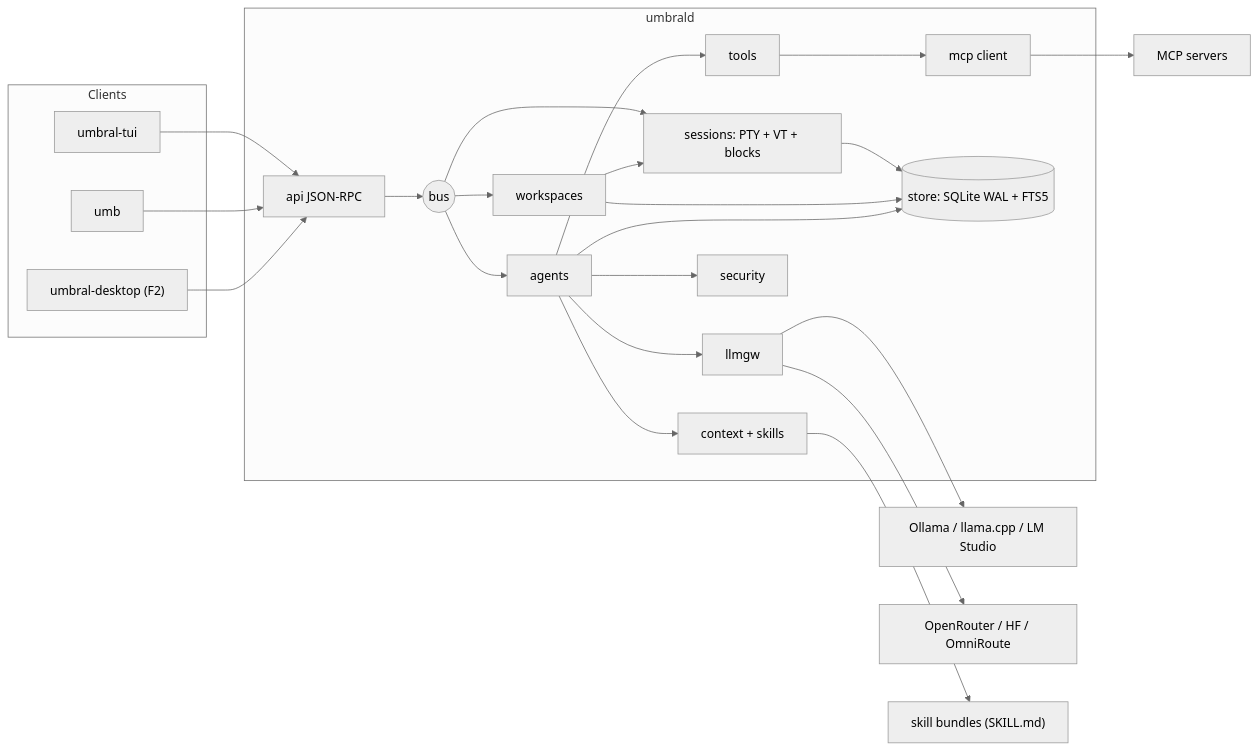
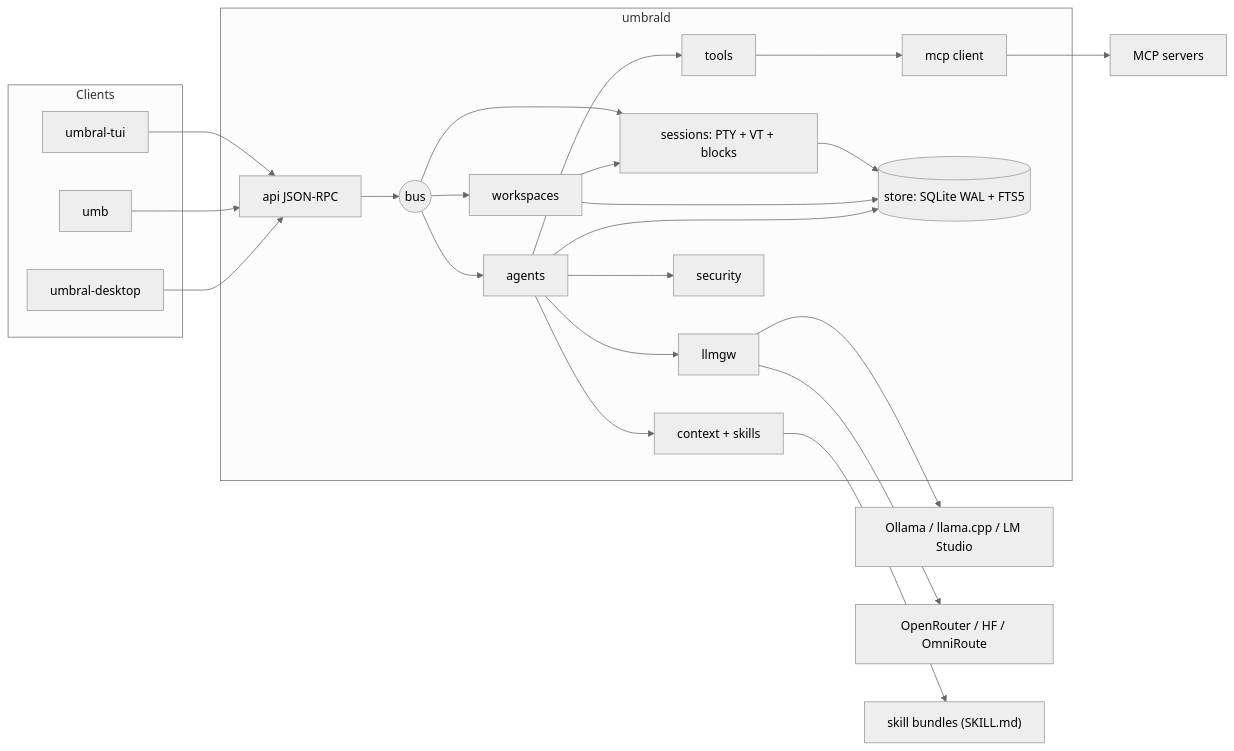
The diagram in README.md (ecrespo/umbral), drawn with Mermaid (neutral theme) before and after one commit. The commit also changed other lines of this file, not shown here.

First line of the commit message:
docs(readme): bring the status and the roadmap up to the phases built

````diff
--- a/README.md
+++ b/README.md
@@ -74,45 +101,45 @@
 ```mermaid
 flowchart LR
   subgraph Clients
     TUI["umbral-tui"]
     CLI["umb"]
-    GUI["umbral-desktop (F2)"]
+    GUI["umbral-desktop"]
   end
   subgraph D["umbrald"]
     API["api JSON-RPC"]
     BUS(("bus"))
     WSP["workspaces"]
     SES["sessions: PTY + VT + blocks"]
     AGT["agents"]
     CTX["context + skills"]
     TOOLS["tools"]
     MCPC["mcp client"]
     GW["llmgw"]
     SEC["security"]
     STORE[("store: SQLite WAL + FTS5")]
   end
   LOC["Ollama / llama.cpp / LM Studio"]
   REM["OpenRouter / HF / OmniRoute"]
   EXT["MCP servers"]
   SKL["skill bundles (SKILL.md)"]
   TUI --> API
   CLI --> API
   GUI --> API
   API --> BUS
   BUS --> WSP
   BUS --> SES
   BUS --> AGT
   WSP --> SES
   AGT --> CTX
   AGT --> TOOLS
   AGT --> SEC
   AGT --> GW
   TOOLS --> MCPC
   MCPC --> EXT
   CTX --> SKL
   GW --> LOC
   GW --> REM
   SES --> STORE
   WSP --> STORE
   AGT --> STORE
 ```
````
